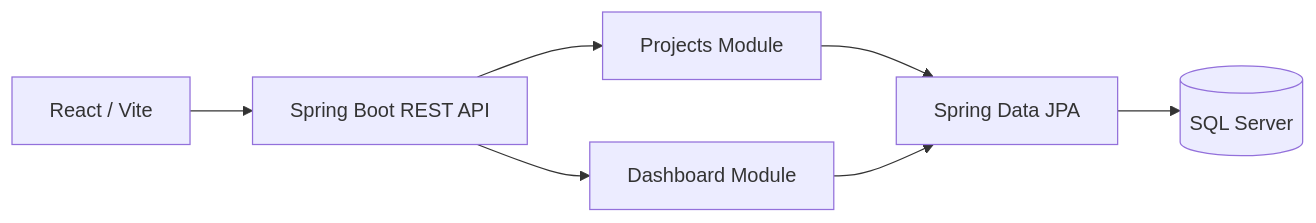
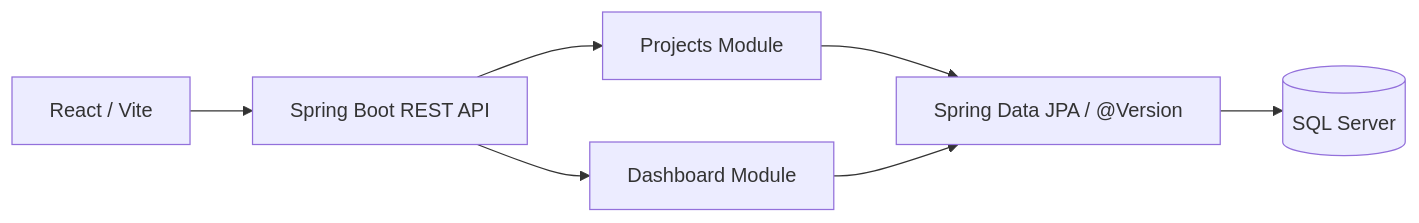
One commit to juceliocoelho2022/innovationhub changed the diagram in README.md. Above: the diagram before and after it, drawn with Mermaid. The commit also changed other lines of this file, not shown here.

````diff
--- a/README.md
+++ b/README.md
@@ -42,9 +52,9 @@
 ```mermaid
 flowchart LR
     UI[React / Vite] --> API[Spring Boot REST API]
     API --> P[Projects Module]
     API --> D[Dashboard Module]
-    P --> JPA[Spring Data JPA]
+    P --> JPA[Spring Data JPA / @Version]
     D --> JPA
     JPA --> DB[(SQL Server)]
 ```
````
